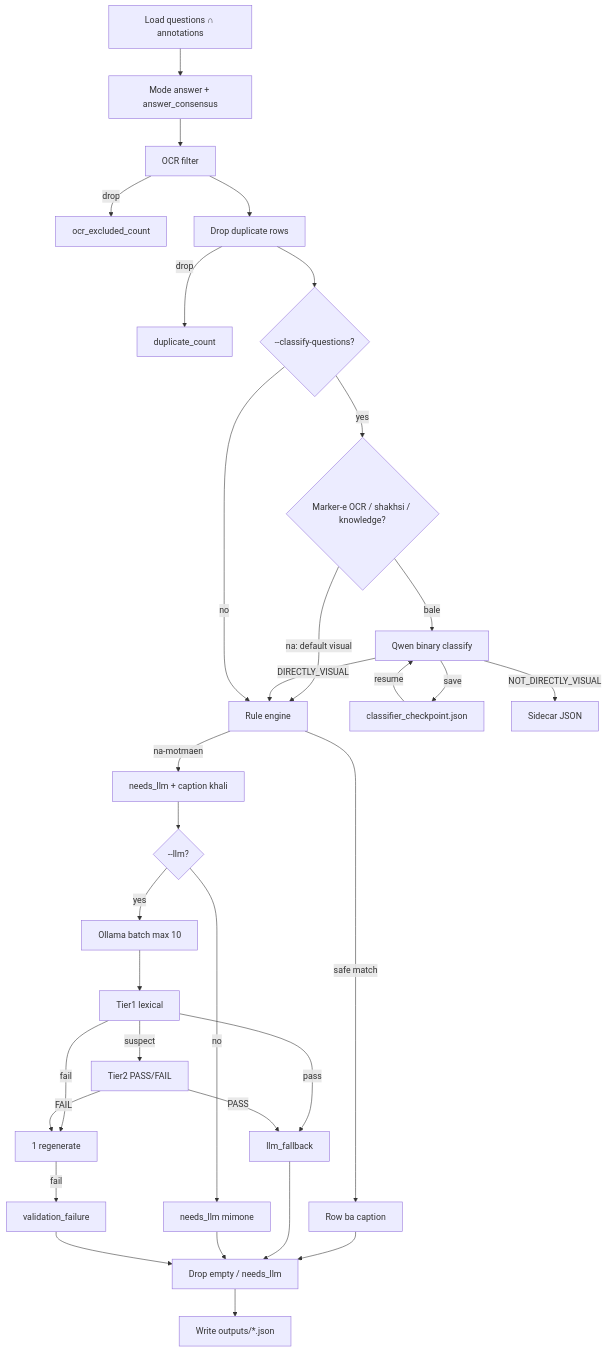
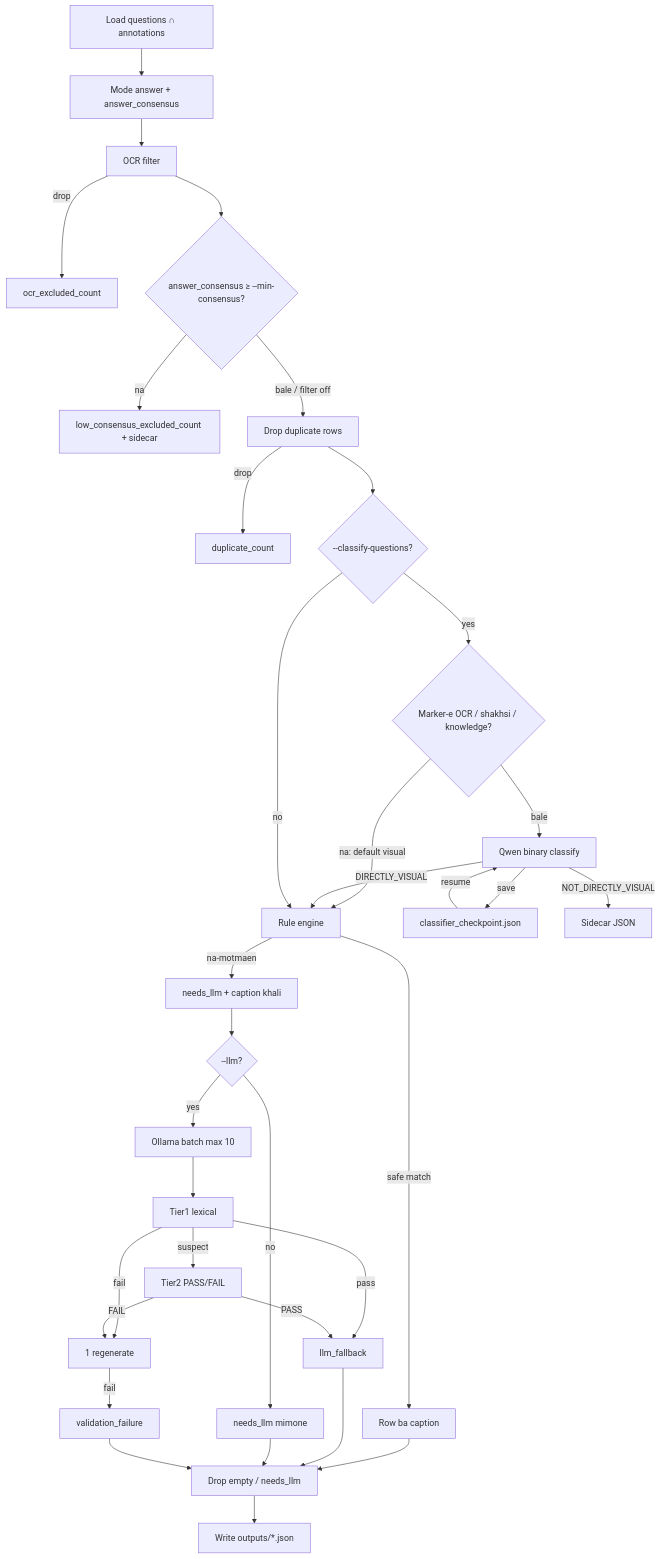
Before and after one commit to MahdiRuzmeh/ImageCaptioningImprovedVisualQuestionAnswering: the third of 6 diagrams in QuestionDependentCaptionGenerator/architecture/architecture.fa-en.md, drawn with Mermaid. The commit also changed other lines of this file and 4 other files, not shown here.

````diff
--- a/QuestionDependentCaptionGenerator/architecture/architecture.fa-en.md
+++ b/QuestionDependentCaptionGenerator/architecture/architecture.fa-en.md
@@ -94,34 +94,36 @@
 ```mermaid
 flowchart TD
   load[Load questions ∩ annotations] --> mode[Mode answer + answer_consensus]
   mode --> ocr[OCR filter]
   ocr -->|drop| ocrDrop[ocr_excluded_count]
-  ocr --> dedup[Drop duplicate rows]
+  ocr --> cons{answer_consensus ≥ --min-consensus?}
+  cons -->|na| consDrop[low_consensus_excluded_count + sidecar]
+  cons -->|bale / filter off| dedup[Drop duplicate rows]
   dedup -->|drop| dupDrop[duplicate_count]
   dedup --> subjOpt{--classify-questions?}
   subjOpt -->|yes| suspect{Marker-e OCR / shakhsi / knowledge?}
   suspect -->|na: default visual| rules
   suspect -->|bale| clf[Qwen binary classify]
   clf -->|save| clfCkpt[classifier_checkpoint.json]
   clfCkpt -->|resume| clf
   clf -->|NOT_DIRECTLY_VISUAL| side[Sidecar JSON]
   clf -->|DIRECTLY_VISUAL| rules
   subjOpt -->|no| rules[Rule engine]
   rules -->|safe match| row[Row ba caption]
   rules -->|na-motmaen| needs[needs_llm + caption khali]
   needs --> llmOpt{--llm?}
   llmOpt -->|yes| batch[Ollama batch max 10]
   batch --> tier1[Tier1 lexical]
   tier1 -->|suspect| tier2[Tier2 PASS/FAIL]
   tier1 -->|fail| retry[1 regenerate]
   tier2 -->|FAIL| retry
   tier1 -->|pass| llmRow[llm_fallback]
   tier2 -->|PASS| llmRow
   retry -->|fail| dropVal[validation_failure]
   llmOpt -->|no| keepEmpty[needs_llm mimone]
   row --> drop
   llmRow --> drop
   keepEmpty --> drop[Drop empty / needs_llm]
   dropVal --> drop
   drop --> out[Write outputs/*.json]
 ```
````
